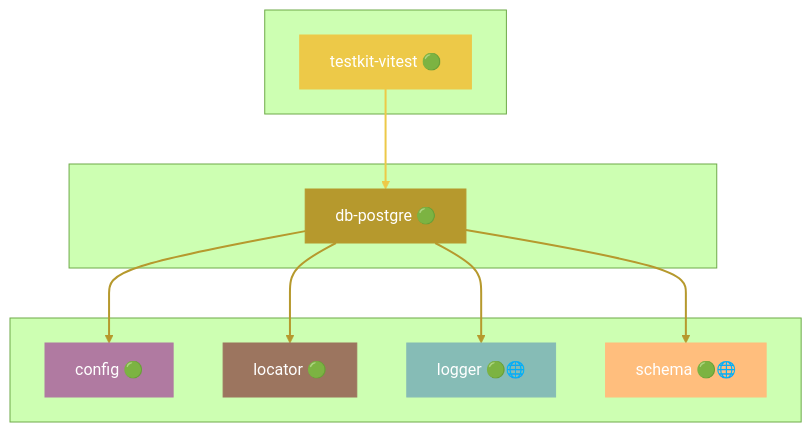
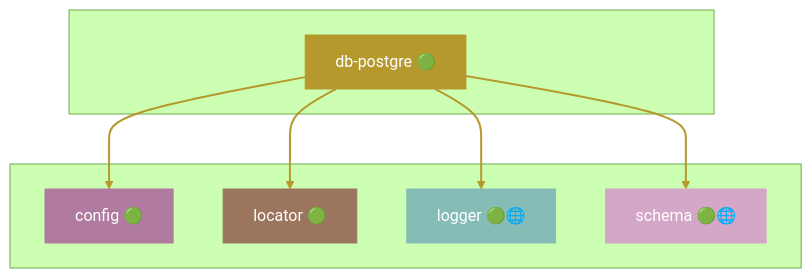
Before and after one commit to grest-ts/grest-ts: diagram 14 of 47 in docs/DEPENDENCIES.md, drawn with Mermaid (forest theme). The commit also changed other lines of this file and 27 other files, not shown here.

````diff
--- a/docs/DEPENDENCIES.md
+++ b/docs/DEPENDENCIES.md
@@ -869,31 +859,25 @@
 ```mermaid
 flowchart TB
-    subgraph Dependents[" "]
-        testkit-vitest["testkit-vitest 🟢"]
-    end
     subgraph Package[" "]
         db-postgre["db-postgre 🟢"]
     end
     subgraph Dependencies[" "]
         config["config 🟢"]
         locator["locator 🟢"]
         logger["logger 🟢🌐"]
         schema["schema 🟢🌐"]
     end
-    testkit-vitest --> db-postgre
     db-postgre --> config
     db-postgre --> locator
     db-postgre --> logger
     db-postgre --> schema
     style db-postgre fill:#B6992D,stroke:#B6992D,color:#fff
-    style testkit-vitest fill:#EDC948,stroke:#EDC948,color:#fff
     style config fill:#B07AA1,stroke:#B07AA1,color:#fff
     style locator fill:#9C755F,stroke:#9C755F,color:#fff
     style logger fill:#86BCB6,stroke:#86BCB6,color:#fff
-    style schema fill:#FFBE7D,stroke:#FFBE7D,color:#fff
-    linkStyle 0 stroke:#EDC948,stroke-width:2px
+    style schema fill:#D4A6C8,stroke:#D4A6C8,color:#fff
+    linkStyle 0 stroke:#B6992D,stroke-width:2px
     linkStyle 1 stroke:#B6992D,stroke-width:2px
     linkStyle 2 stroke:#B6992D,stroke-width:2px
     linkStyle 3 stroke:#B6992D,stroke-width:2px
-    linkStyle 4 stroke:#B6992D,stroke-width:2px
 ```
````
